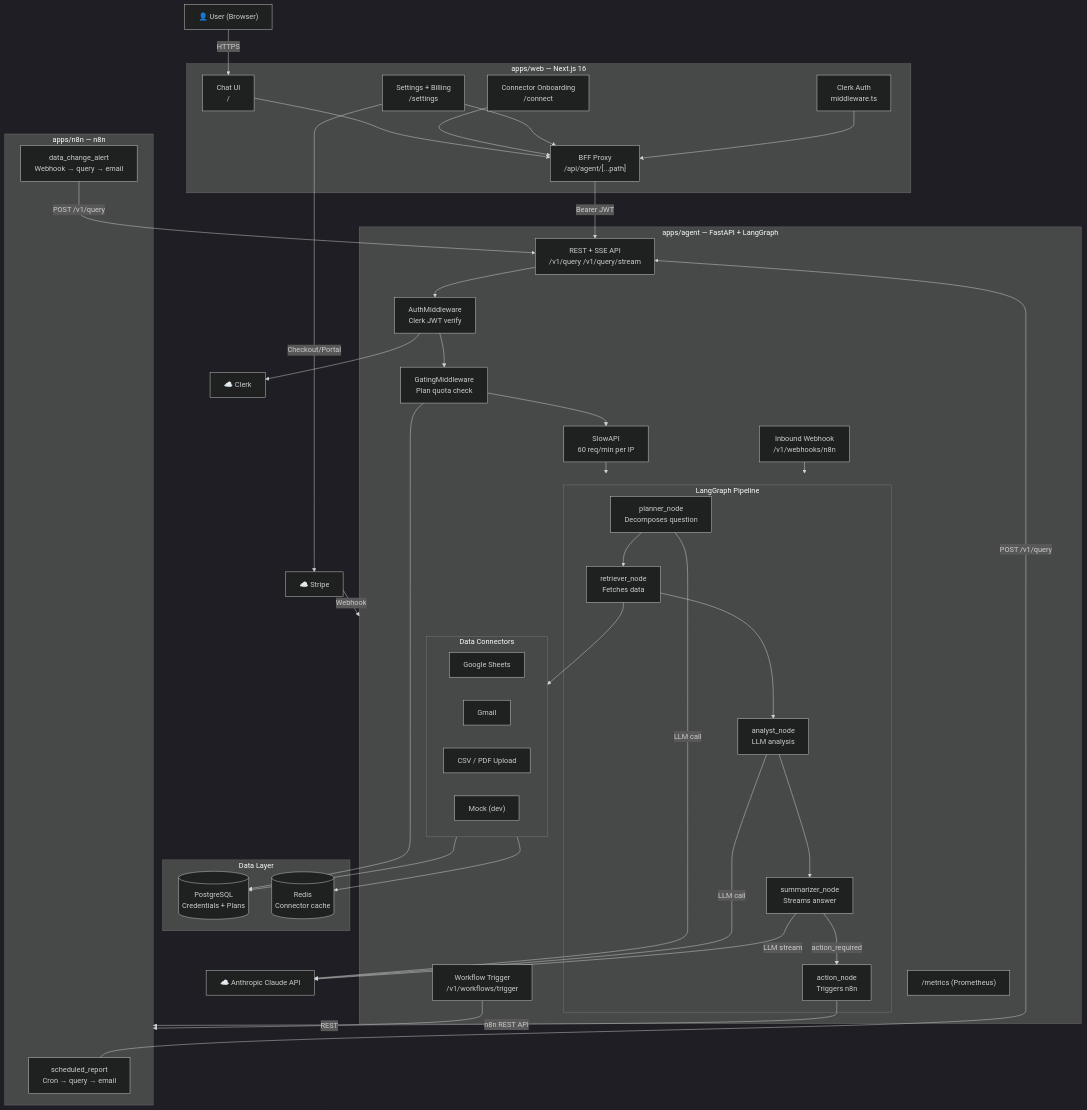
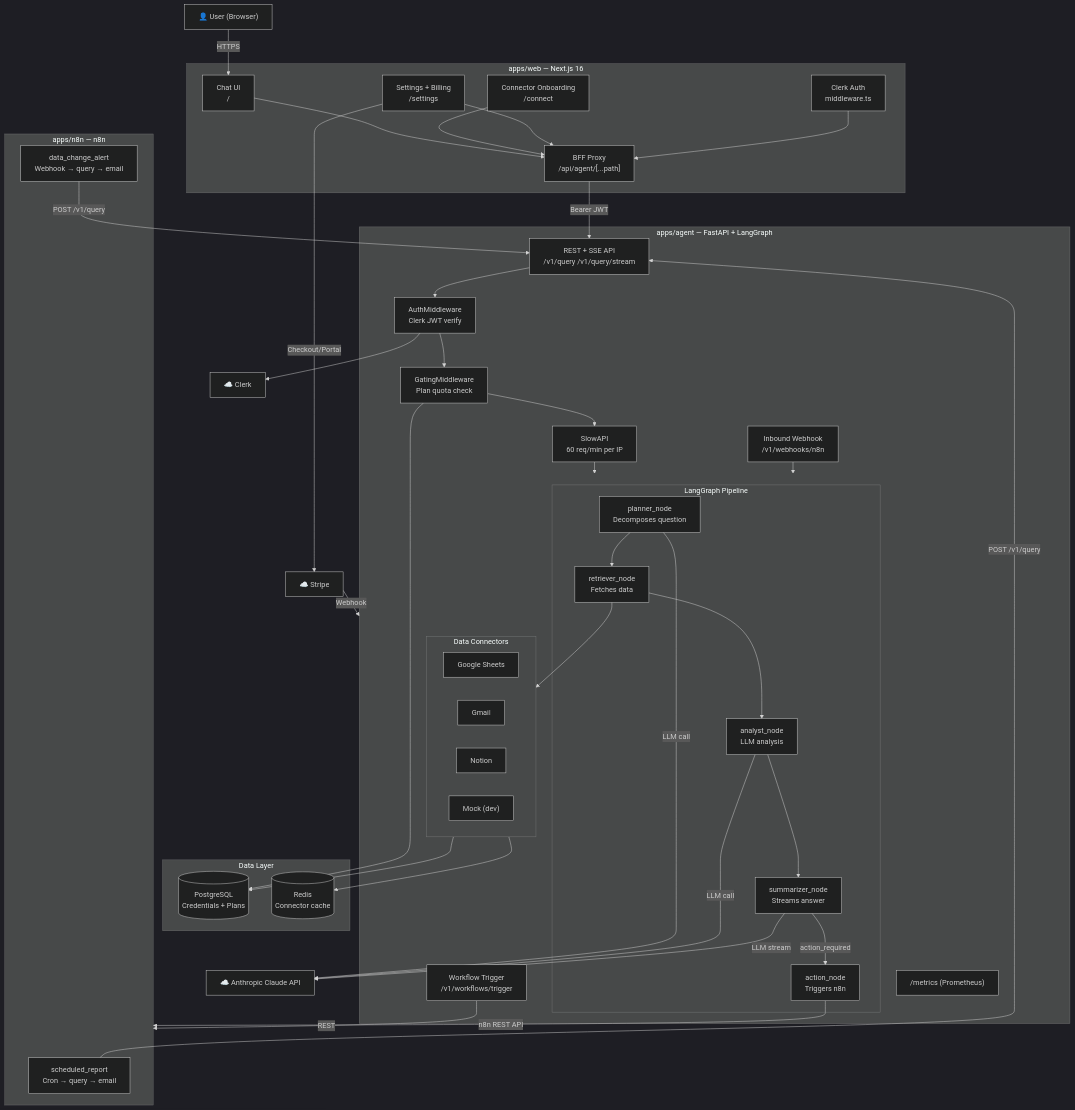
The diagram in docs/diagrams/architecture.md (DhanushChinivar/BI-agent), drawn with Mermaid (dark theme) before and after one commit. The commit also changed 2 other files, not shown here.

Commit message:
updated readme doc

```diff
--- a/docs/diagrams/architecture.md
+++ b/docs/diagrams/architecture.md
@@ -29,7 +29,7 @@
         subgraph Connectors ["Data Connectors"]
             Sheets["Google Sheets"]
             Gmail["Gmail"]
-            CSV["CSV / PDF Upload"]
+            Notion["Notion"]
             Mock["Mock (dev)"]
         end
 
```
